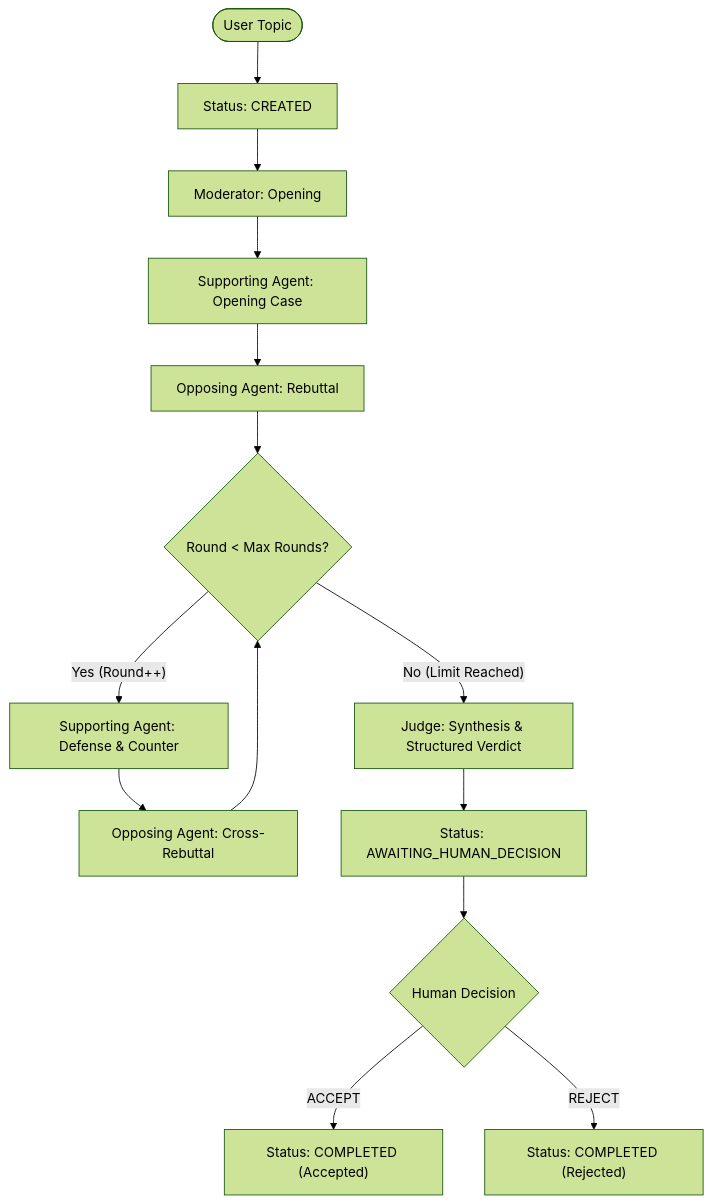
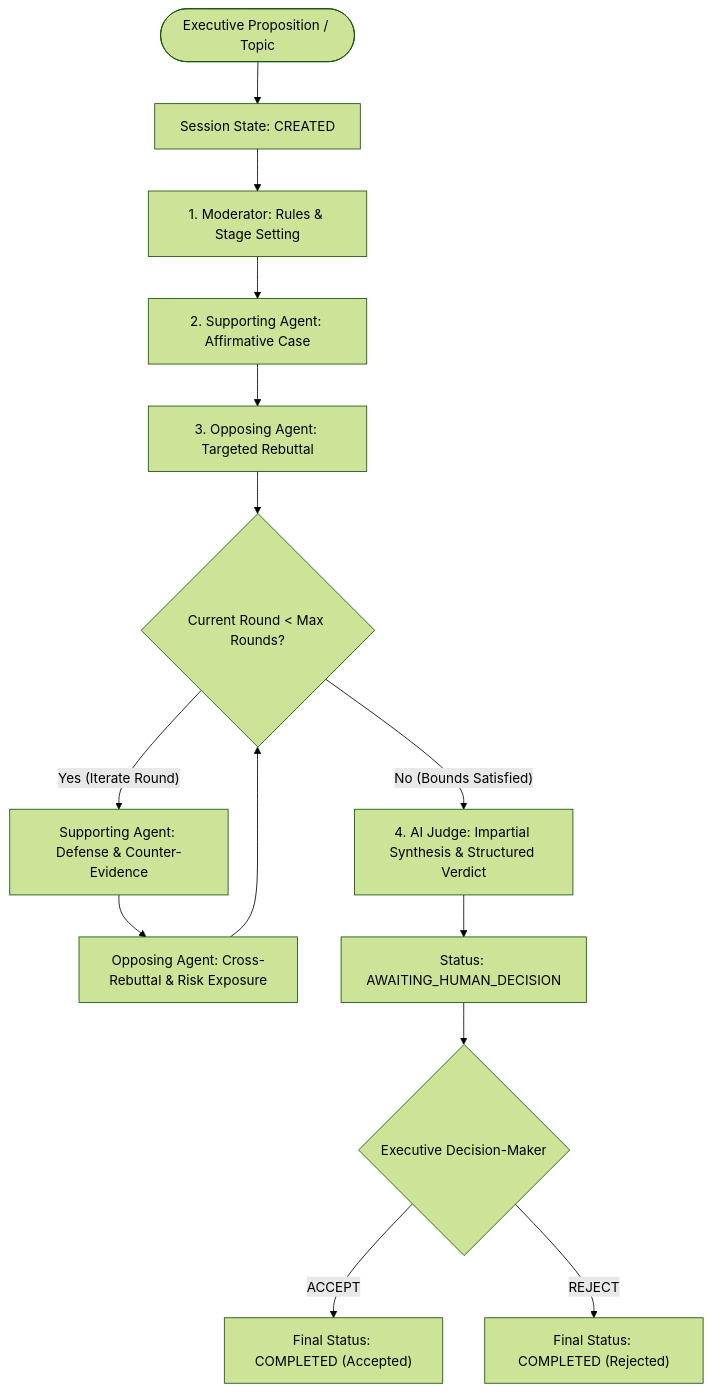
Before and after one commit to harshthanki-codes/Multi_AI_Agent_System: the first of 2 diagrams in README.md, drawn with Mermaid (forest theme). The commit also changed other lines of this file, not shown here.

````diff
--- a/README.md
+++ b/README.md
@@ -11,19 +29,19 @@
 ```mermaid
 flowchart TD
-    Start(["User Topic"]) --> CREATED["Status: CREATED"]
-    CREATED --> MOD["Moderator: Opening"]
-    MOD --> SUPP_R1["Supporting Agent: Opening Case"]
-    SUPP_R1 --> OPP_R1["Opposing Agent: Rebuttal"]
+    Start(["Executive Proposition / Topic"]) --> CREATED["Session State: CREATED"]
+    CREATED --> MOD["1. Moderator: Rules & Stage Setting"]
+    MOD --> SUPP_R1["2. Supporting Agent: Affirmative Case"]
+    SUPP_R1 --> OPP_R1["3. Opposing Agent: Targeted Rebuttal"]
     
-    OPP_R1 --> CHECK_ROUNDS{"Round < Max Rounds?"}
-    CHECK_ROUNDS -- "Yes (Round++)" --> SUPP_RX["Supporting Agent: Defense & Counter"]
-    SUPP_RX --> OPP_RX["Opposing Agent: Cross-Rebuttal"]
+    OPP_R1 --> CHECK_ROUNDS{"Current Round < Max Rounds?"}
+    CHECK_ROUNDS -- "Yes (Iterate Round)" --> SUPP_RX["Supporting Agent: Defense & Counter-Evidence"]
+    SUPP_RX --> OPP_RX["Opposing Agent: Cross-Rebuttal & Risk Exposure"]
     OPP_RX --> CHECK_ROUNDS
     
-    CHECK_ROUNDS -- "No (Limit Reached)" --> JUDGE["Judge: Synthesis & Structured Verdict"]
+    CHECK_ROUNDS -- "No (Bounds Satisfied)" --> JUDGE["4. AI Judge: Impartial Synthesis & Structured Verdict"]
     JUDGE --> AWAIT_HUMAN["Status: AWAITING_HUMAN_DECISION"]
     
-    AWAIT_HUMAN --> HUMAN_DECISION{"Human Decision"}
-    HUMAN_DECISION -- "ACCEPT" --> COMPLETED_ACC["Status: COMPLETED (Accepted)"]
-    HUMAN_DECISION -- "REJECT" --> COMPLETED_REJ["Status: COMPLETED (Rejected)"]
+    AWAIT_HUMAN --> HUMAN_DECISION{"Executive Decision-Maker"}
+    HUMAN_DECISION -- "ACCEPT" --> COMPLETED_ACC["Final Status: COMPLETED (Accepted)"]
+    HUMAN_DECISION -- "REJECT" --> COMPLETED_REJ["Final Status: COMPLETED (Rejected)"]
 ```
````
